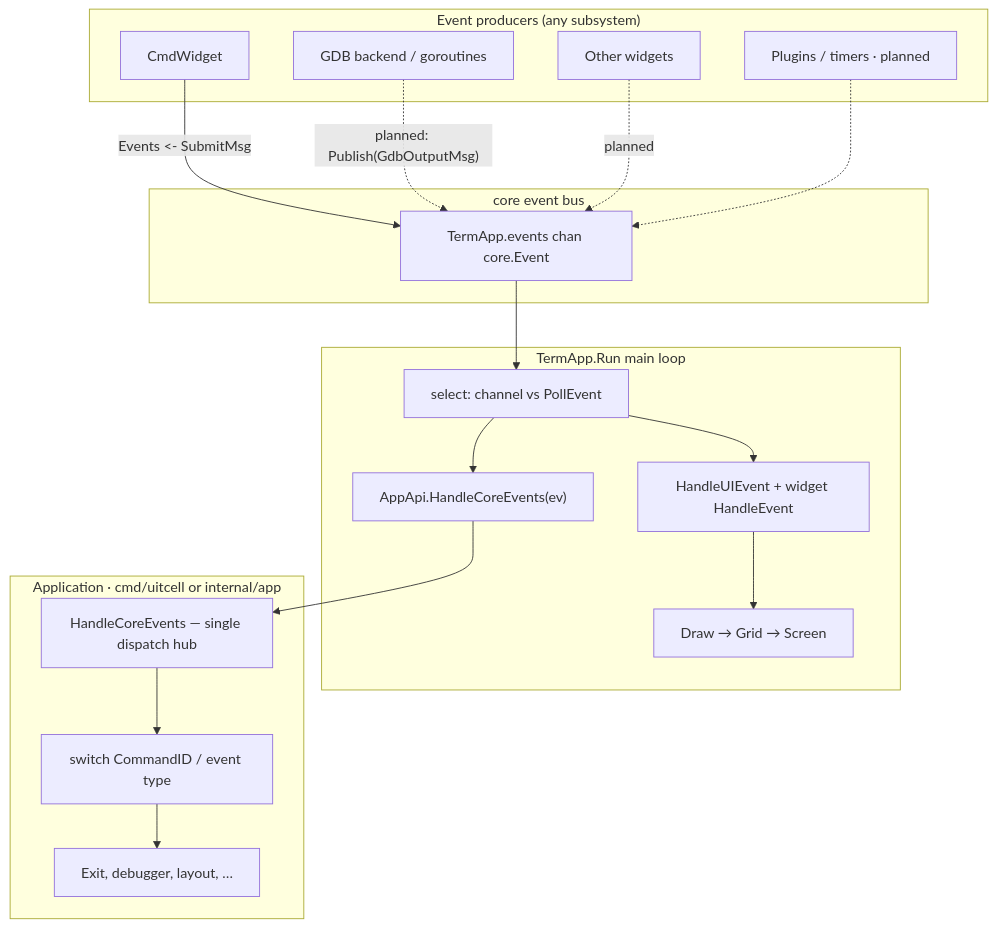
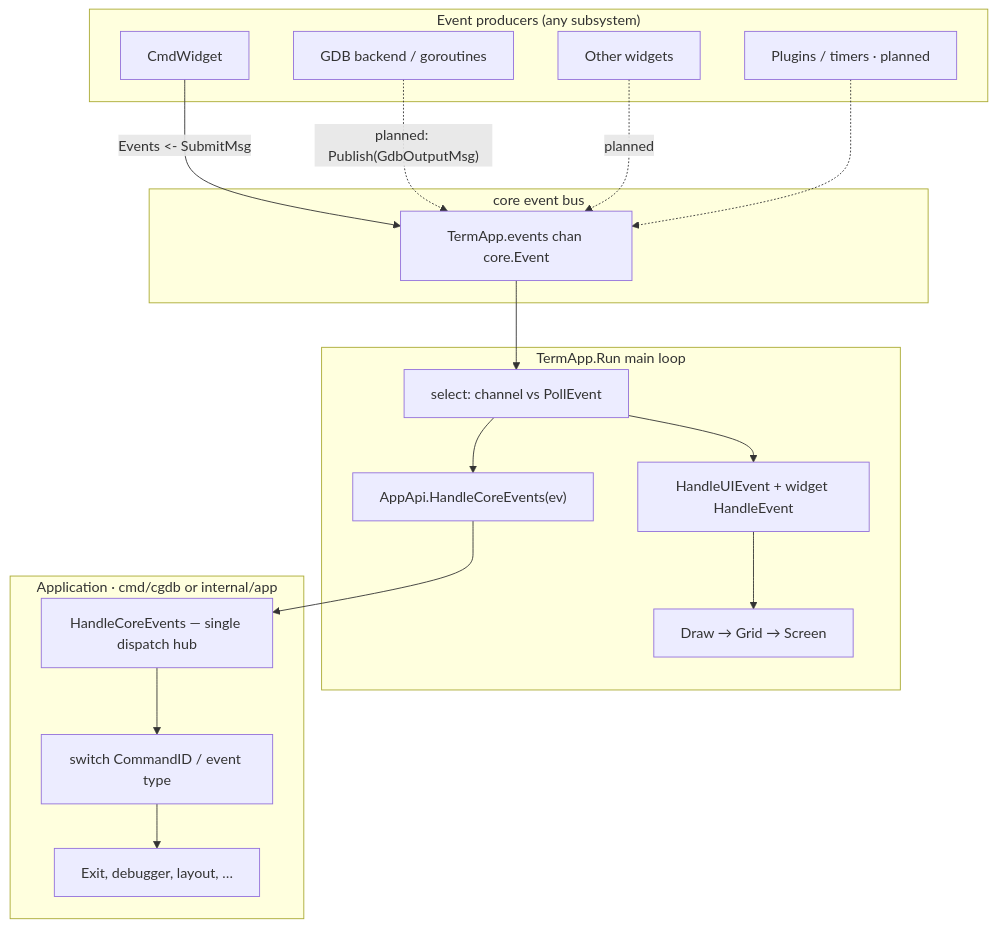
One commit to yairgd/gdbforge changed the diagram in docs/diagrams/event_bus.mermaid. Above: the diagram before and after it, drawn with Mermaid. The commit also changed 37 other files, not shown here.

```diff
--- a/docs/diagrams/event_bus.mermaid
+++ b/docs/diagrams/event_bus.mermaid
@@ -1,35 +1,35 @@
 flowchart TB
     subgraph Producers["Event producers (any subsystem)"]
         CmdW["CmdWidget"]
         GDB["GDB backend / goroutines"]
         Widgets["Other widgets"]
         Future["Plugins / timers · planned"]
     end
 
     subgraph Bus["core event bus"]
         Chan["TermApp.events chan core.Event"]
     end
 
     subgraph Loop["TermApp.Run main loop"]
         Select["select: channel vs PollEvent"]
         CoreDispatch["AppApi.HandleCoreEvents(ev)"]
         TcellDispatch["HandleUIEvent + widget HandleEvent"]
         Draw["Draw → Grid → Screen"]
     end
 
-    subgraph App["Application · cmd/uitcell or internal/app"]
+    subgraph App["Application · cmd/cgdb or internal/app"]
         Handler["HandleCoreEvents — single dispatch hub"]
         CmdSwitch["switch CommandID / event type"]
         Actions["Exit, debugger, layout, …"]
     end
 
     CmdW -->|"Events <- SubmitMsg"| Chan
     GDB -.->|"planned: Publish(GdbOutputMsg)"| Chan
     Widgets -.->|"planned"| Chan
     Future -.-> Chan
 
     Chan --> Select
     Select --> CoreDispatch
     CoreDispatch --> Handler --> CmdSwitch --> Actions
 
     Select --> TcellDispatch --> Draw
```
